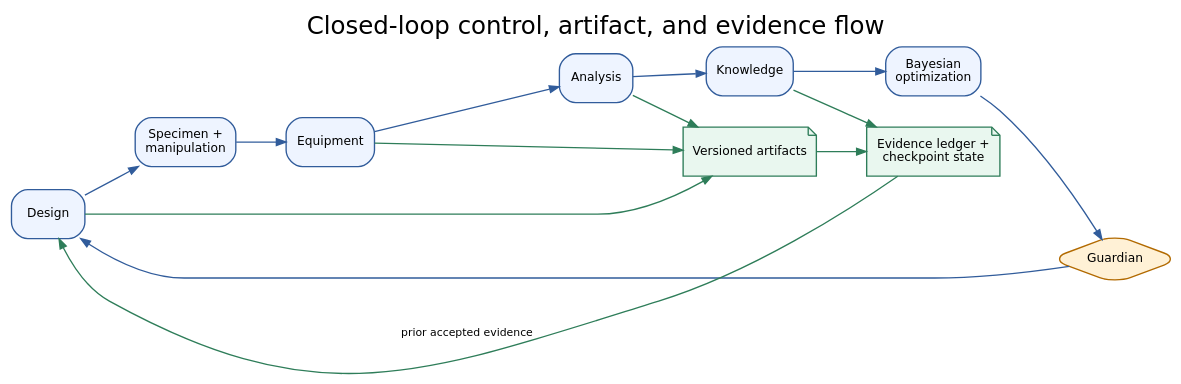
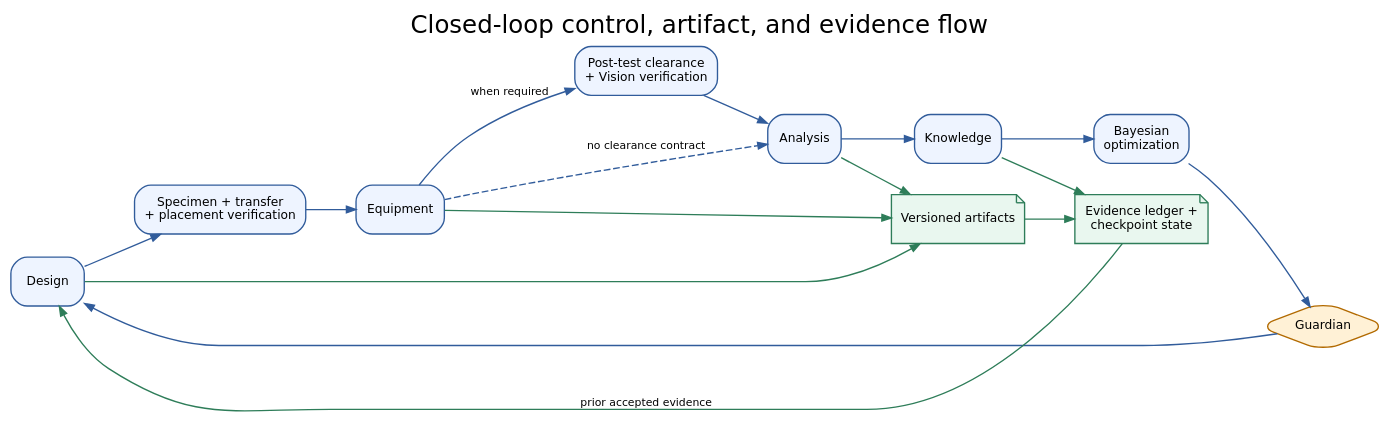
Before and after one commit to JIN9811/autonomous_researcher: the diagram in docs/paper/assets/figures/03_closed_loop_evidence_flow.dot, drawn with Graphviz. The commit also changed 53 other files, not shown here.

```diff
--- a/docs/paper/assets/figures/03_closed_loop_evidence_flow.dot
+++ b/docs/paper/assets/figures/03_closed_loop_evidence_flow.dot
@@ -1,23 +1,28 @@
 digraph closed_loop_evidence_flow {
   graph [rankdir=LR, bgcolor="transparent", pad="0.25", nodesep="0.32", ranksep="0.5", fontname="DejaVu Sans", label="Closed-loop control, artifact, and evidence flow", labelloc="t", fontsize=18];
   node [shape=box, style="rounded,filled", fillcolor="#EEF4FF", color="#315C9B", fontname="DejaVu Sans", fontsize=9, margin="0.1,0.07"];
   edge [color="#315C9B", fontname="DejaVu Sans", fontsize=8, arrowsize=0.7];
 
   design [label="Design"];
-  prepare [label="Specimen +\nmanipulation"];
+  prepare [label="Specimen + transfer\n+ placement verification"];
   equipment [label="Equipment"];
+  clear [label="Post-test clearance\n+ Vision verification"];
   analysis [label="Analysis"];
   knowledge [label="Knowledge"];
   bo [label="Bayesian\noptimization"];
   gate [label="Guardian", shape=diamond, fillcolor="#FFF1D6", color="#B26A00"];
   artifacts [label="Versioned artifacts", shape=note, fillcolor="#E9F7EF", color="#2E7D59"];
   ledger [label="Evidence ledger +\ncheckpoint state", shape=note, fillcolor="#E9F7EF", color="#2E7D59"];
 
-  design -> prepare -> equipment -> analysis -> knowledge -> bo -> gate -> design;
+  design -> prepare -> equipment;
+  equipment -> clear [label="when required"];
+  clear -> analysis;
+  equipment -> analysis [style=dashed, label="no clearance contract", constraint=false];
+  analysis -> knowledge -> bo -> gate -> design;
   design -> artifacts [color="#2E7D59"];
   equipment -> artifacts [color="#2E7D59"];
   analysis -> artifacts [color="#2E7D59"];
   artifacts -> ledger [color="#2E7D59"];
   knowledge -> ledger [color="#2E7D59"];
   ledger -> design [color="#2E7D59", label="prior accepted evidence", constraint=false];
 }
```
